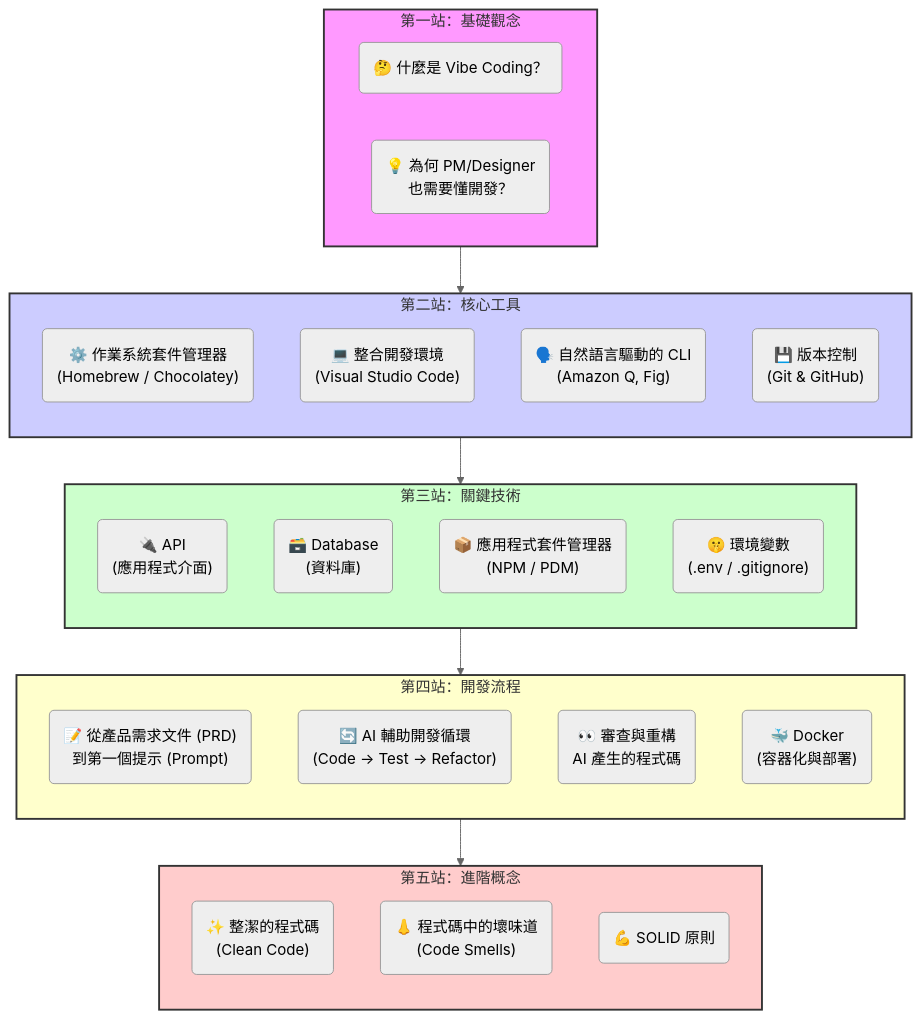
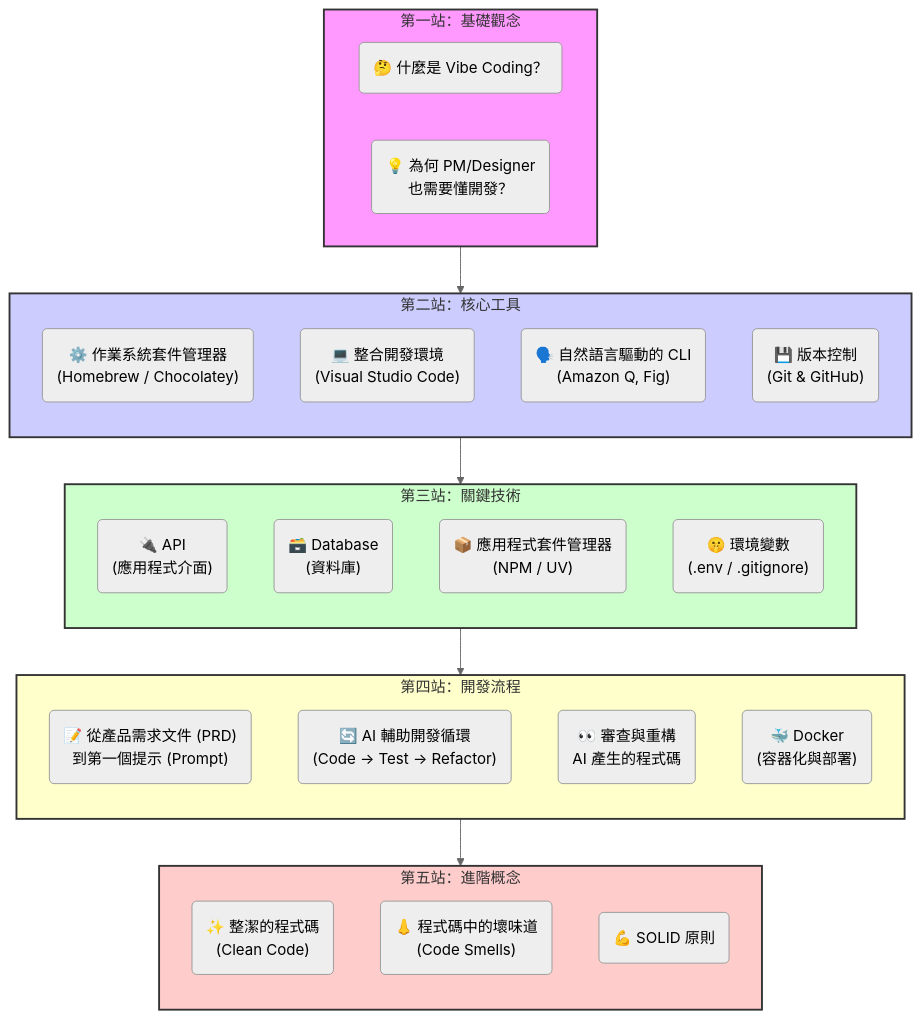
One commit to zaoldyeck/vibe-coding-handbook changed the first of 12 diagrams in README.md. Above: the diagram before and after it, drawn with Mermaid (neutral theme). The commit also changed other lines of this file, not shown here.

````diff
--- a/README.md
+++ b/README.md
@@ -23,47 +23,47 @@
 ```mermaid
 graph TD
     subgraph A[第一站：基礎觀念]
         direction LR
         A1("🤔 什麼是 Vibe Coding？")
         A2("💡 為何 PM/Designer<br/>也需要懂開發？")
     end
 
     subgraph B[第二站：核心工具]
         direction TB
         B1("⚙️ 作業系統套件管理器<br/>(Homebrew / Chocolatey)")
         B2("💻 整合開發環境<br/>(Visual Studio Code)")
         B3("🗣️ 自然語言驅動的 CLI<br/>(Amazon Q, Fig)")
         B4("💾 版本控制<br/>(Git & GitHub)")
     end
 
     subgraph C[第三站：關鍵技術]
         direction TB
         C1("🔌 API<br/>(應用程式介面)")
         C2("🗃️ Database<br/>(資料庫)")
-        C3("📦 應用程式套件管理器<br/>(NPM / PDM)")
+        C3("📦 應用程式套件管理器<br/>(NPM / UV)")
         C4("🤫 環境變數<br/>(.env / .gitignore)")
     end
 
     subgraph D[第四站：開發流程]
         direction TB
         D1("📝 從產品需求文件 (PRD)<br/>到第一個提示 (Prompt)")
         D2("🔄 AI 輔助開發循環<br/>(Code -> Test -> Refactor)")
         D3("👀 審查與重構<br/>AI 產生的程式碼")
         D4("🐳 Docker<br/>(容器化與部署)")
     end
 
     subgraph E[第五站：進階概念]
         direction TB
         E1("✨ 整潔的程式碼<br/>(Clean Code)")
         E2("👃 程式碼中的壞味道<br/>(Code Smells)")
         E3("💪 SOLID 原則")
     end
 
     A --> B --> C --> D --> E
 
     style A fill:#f9f,stroke:#333,stroke-width:2px
     style B fill:#ccf,stroke:#333,stroke-width:2px
     style C fill:#cfc,stroke:#333,stroke-width:2px
     style D fill:#ffc,stroke:#333,stroke-width:2px
     style E fill:#fcc,stroke:#333,stroke-width:2px
 ```
````
